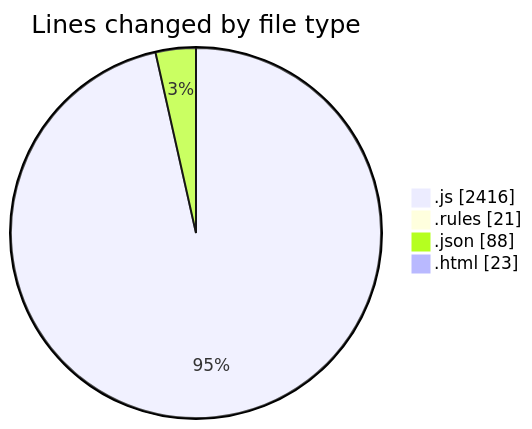
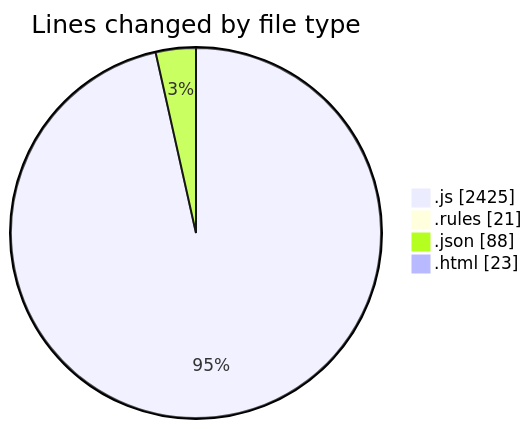
Before and after one commit to lephambinh05/code-tracking: the first of 2 diagrams in 2025-09-01/20m/README.md, drawn with Mermaid. The commit also changed other lines of this file and 1 other file, not shown here.

````diff
--- a/2025-09-01/20m/README.md
+++ b/2025-09-01/20m/README.md
@@ -45,8 +45,8 @@
 ```mermaid
 pie showData
 title Lines changed by file type
-".js" : 2416
+".js" : 2425
 ".rules" : 21
 ".json" : 88
 ".html" : 23
 ```
````
